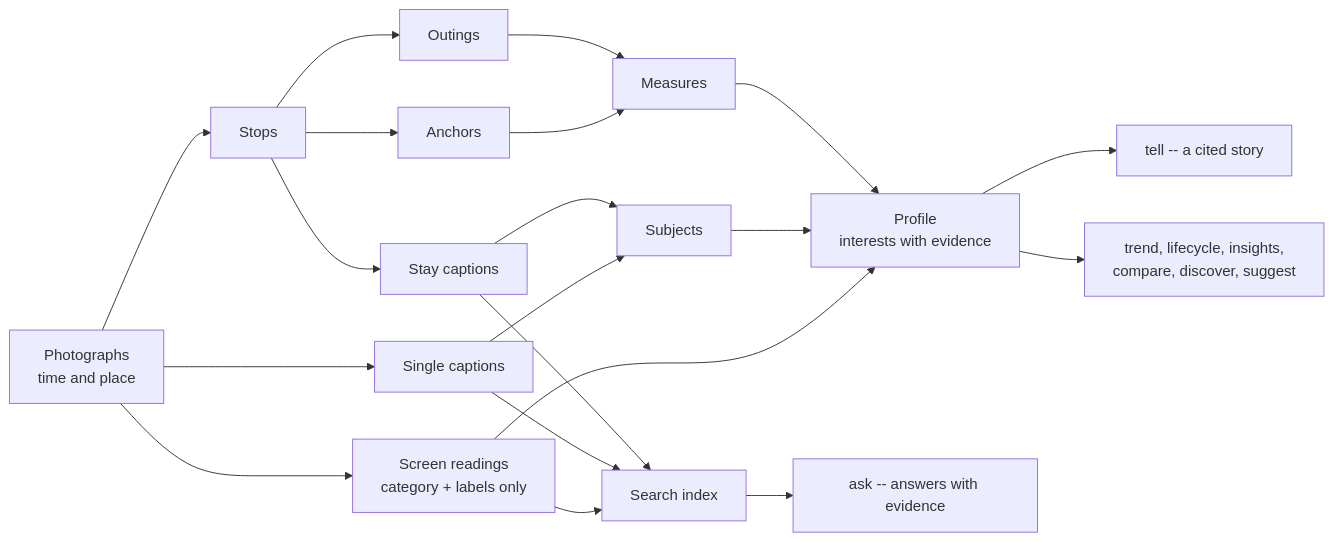
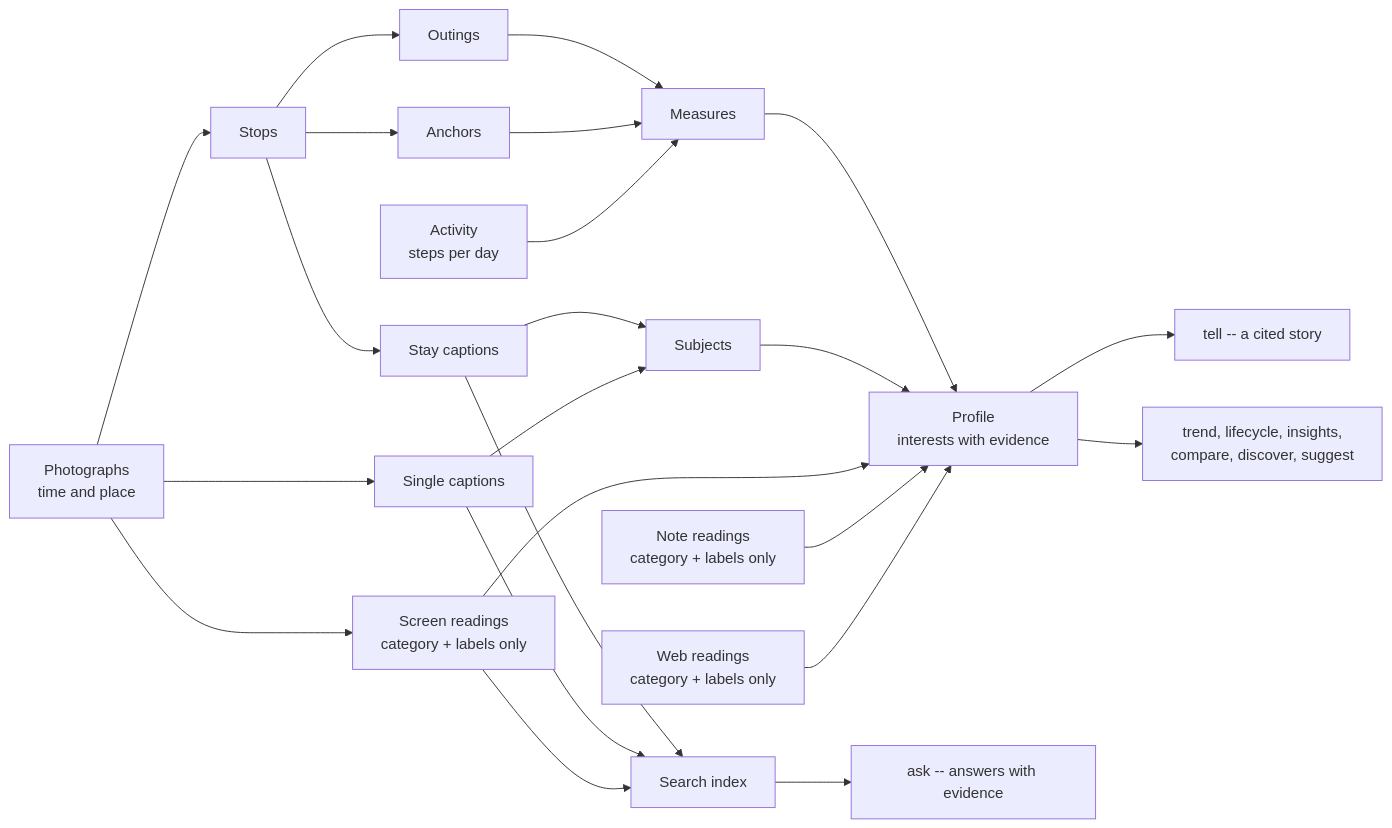
The second of 4 diagrams in README.md (Nananananana/kiseki), drawn with Mermaid before and after one commit. The commit also changed other lines of this file and 1 other file, not shown here.

````diff
--- a/README.md
+++ b/README.md
@@ -251,22 +272,25 @@
 ```mermaid
 flowchart LR
     P["Photographs<br/>time and place"] --> S["Stops"]
     S --> O["Outings"]
     S --> AN["Anchors"]
     O --> M["Measures"]
     AN --> M
     S --> CA["Stay captions"]
     P --> SI["Single captions"]
     P --> SC["Screen readings<br/>category + labels only"]
     CA --> SU["Subjects"]
     SI --> SU
     M --> PR["Profile<br/>interests with evidence"]
     SU --> PR
     SC --> PR
+    AD["Activity<br/>steps per day"] --> M
+    NR["Note readings<br/>category + labels only"] --> PR
+    WR["Web readings<br/>category + labels only"] --> PR
     PR --> TL["tell -- a cited story"]
     PR --> IT["trend, lifecycle, insights,<br/>compare, discover, suggest"]
     CA --> IX["Search index"]
     SI --> IX
     SC --> IX
     IX --> AS["ask -- answers with evidence"]
 ```
````
